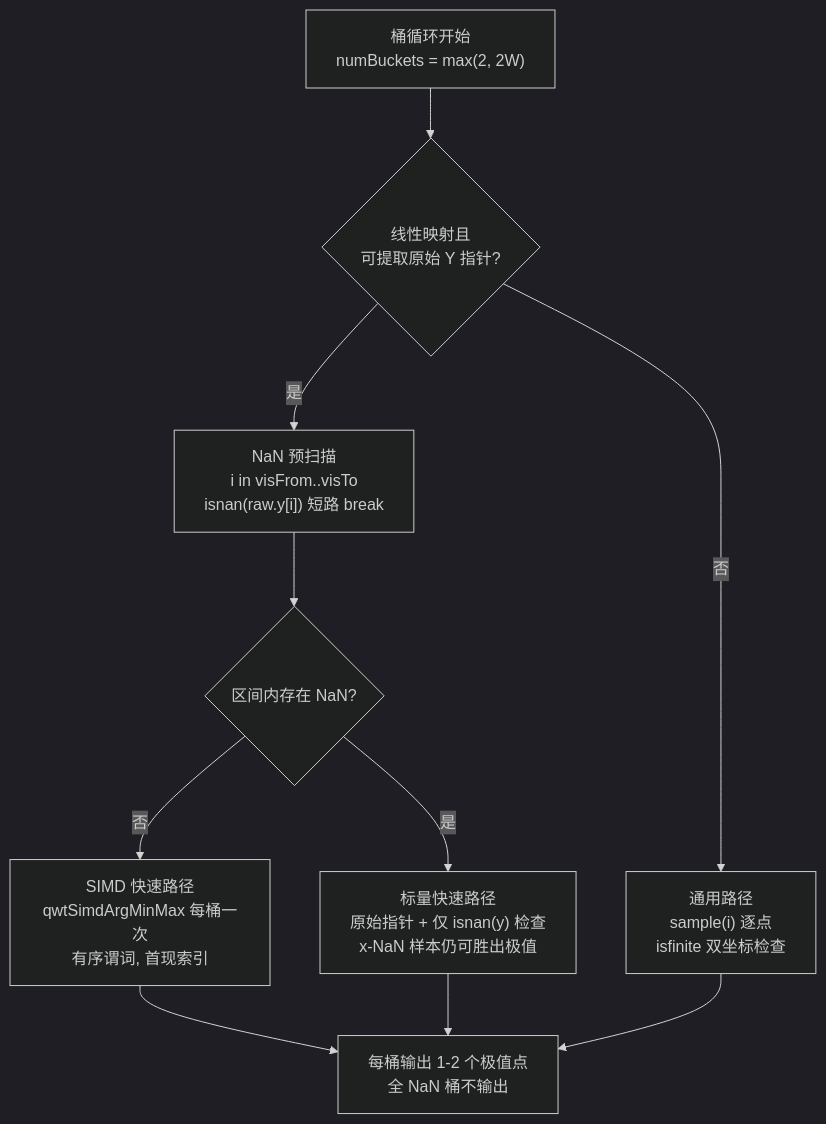
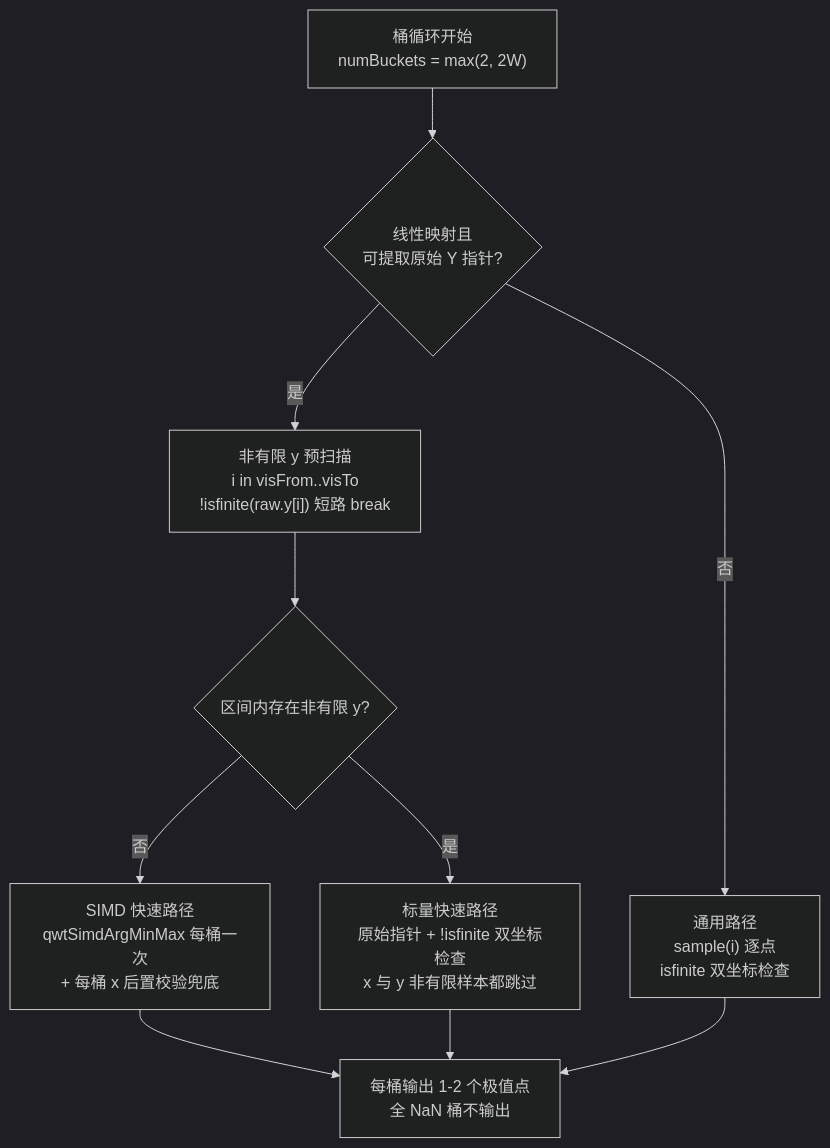
Before and after one commit to czyt1988/QWT: the first of 2 diagrams in docs/zh/tech-report/nan-rendering.md, drawn with Mermaid (dark theme). The commit also changed other lines of this file and 1 other file, not shown here.

````diff
--- a/docs/zh/tech-report/nan-rendering.md
+++ b/docs/zh/tech-report/nan-rendering.md
@@ -83,12 +84,12 @@
 ```mermaid
 flowchart TD
     A["桶循环开始<br/>numBuckets = max(2, 2W)"] --> B{"线性映射且<br/>可提取原始 Y 指针?"}
     B -->|"否"| C["通用路径<br/>sample(i) 逐点<br/>isfinite 双坐标检查"]
-    B -->|"是"| D["NaN 预扫描<br/>i in visFrom..visTo<br/>isnan(raw.y[i]) 短路 break"]
-    D --> E{"区间内存在 NaN?"}
-    E -->|"否"| F["SIMD 快速路径<br/>qwtSimdArgMinMax 每桶一次<br/>有序谓词, 首现索引"]
-    E -->|"是"| G["标量快速路径<br/>原始指针 + 仅 isnan(y) 检查<br/>x-NaN 样本仍可胜出极值"]
+    B -->|"是"| D["非有限 y 预扫描<br/>i in visFrom..visTo<br/>!isfinite(raw.y[i]) 短路 break"]
+    D --> E{"区间内存在非有限 y?"}
+    E -->|"否"| F["SIMD 快速路径<br/>qwtSimdArgMinMax 每桶一次<br/>+ 每桶 x 后置校验兜底"]
+    E -->|"是"| G["标量快速路径<br/>原始指针 + !isfinite 双坐标检查<br/>x 与 y 非有限样本都跳过"]
     F --> H["每桶输出 1-2 个极值点<br/>全 NaN 桶不输出"]
     G --> H
     C --> H
 ```
````
